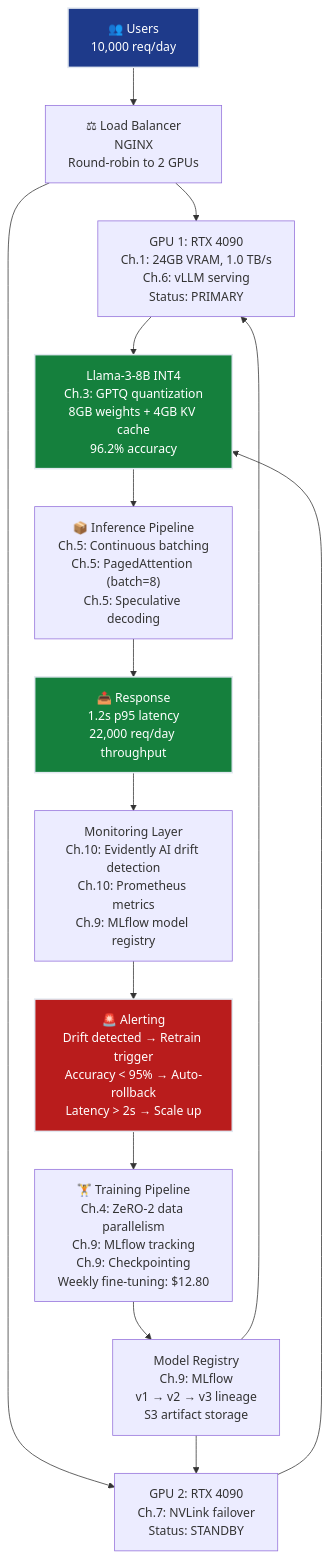
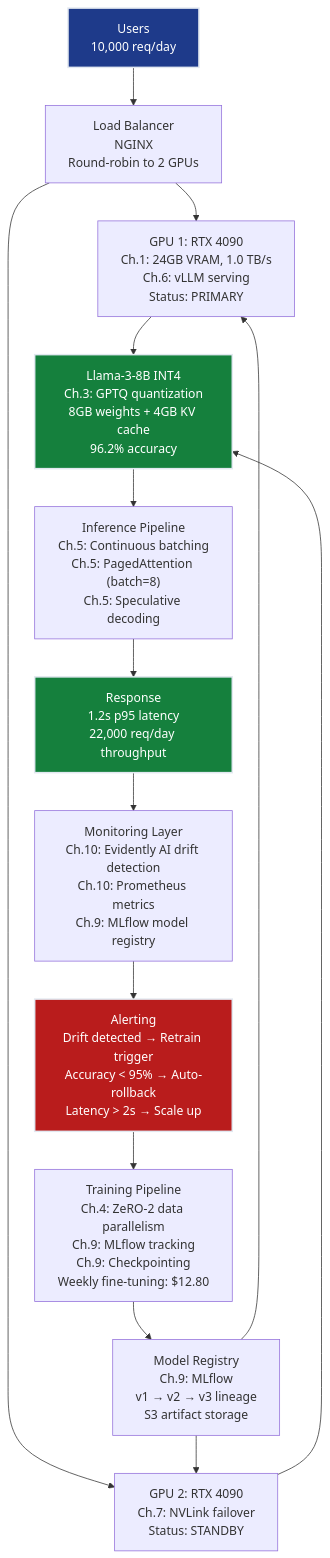
Before and after one commit to dsgouda7/ai-portfolio: the diagram in notes/07-ai-infrastructure/grand-solution.md, drawn with Mermaid. The commit also changed other lines of this file and 391 other files, not shown here.

````diff
--- a/notes/07-ai-infrastructure/grand-solution.md
+++ b/notes/07-ai-infrastructure/grand-solution.md
@@ -285,30 +285,30 @@
 ```mermaid
 flowchart TD
- USERS["👥 Users<br/>10,000 req/day"] --> LB["⚖ Load Balancer<br/>NGINX<br/>Round-robin to 2 GPUs"]
+ USERS[" Users<br/>10,000 req/day"] --> LB[" Load Balancer<br/>NGINX<br/>Round-robin to 2 GPUs"]
 
  LB --> GPU1[" GPU 1: RTX 4090<br/>Ch.1: 24GB VRAM, 1.0 TB/s<br/>Ch.6: vLLM serving<br/>Status: PRIMARY"]
  LB --> GPU2[" GPU 2: RTX 4090<br/>Ch.7: NVLink failover<br/>Status: STANDBY"]
 
  GPU1 --> MODEL[" Llama-3-8B INT4<br/>Ch.3: GPTQ quantization<br/>8GB weights + 4GB KV cache<br/>96.2% accuracy"]
  GPU2 --> MODEL
 
- MODEL --> BATCH["📦 Inference Pipeline<br/>Ch.5: Continuous batching<br/>Ch.5: PagedAttention (batch=8)<br/>Ch.5: Speculative decoding"]
+ MODEL --> BATCH[" Inference Pipeline<br/>Ch.5: Continuous batching<br/>Ch.5: PagedAttention (batch=8)<br/>Ch.5: Speculative decoding"]
 
- BATCH --> RESPONSE["📤 Response<br/>1.2s p95 latency<br/>22,000 req/day throughput"]
+ BATCH --> RESPONSE[" Response<br/>1.2s p95 latency<br/>22,000 req/day throughput"]
 
  RESPONSE --> MONITOR[" Monitoring Layer<br/>Ch.10: Evidently AI drift detection<br/>Ch.10: Prometheus metrics<br/>Ch.9: MLflow model registry"]
 
- MONITOR --> ALERT["🚨 Alerting<br/>Drift detected → Retrain trigger<br/>Accuracy < 95% → Auto-rollback<br/>Latency > 2s → Scale up"]
+ MONITOR --> ALERT[" Alerting<br/>Drift detected → Retrain trigger<br/>Accuracy < 95% → Auto-rollback<br/>Latency > 2s → Scale up"]
 
- TRAINING["🏋 Training Pipeline<br/>Ch.4: ZeRO-2 data parallelism<br/>Ch.9: MLflow tracking<br/>Ch.9: Checkpointing<br/>Weekly fine-tuning: $12.80"] --> REGISTRY[" Model Registry<br/>Ch.9: MLflow<br/>v1 → v2 → v3 lineage<br/>S3 artifact storage"]
+ TRAINING[" Training Pipeline<br/>Ch.4: ZeRO-2 data parallelism<br/>Ch.9: MLflow tracking<br/>Ch.9: Checkpointing<br/>Weekly fine-tuning: $12.80"] --> REGISTRY[" Model Registry<br/>Ch.9: MLflow<br/>v1 → v2 → v3 lineage<br/>S3 artifact storage"]
 
  REGISTRY --> GPU1
  REGISTRY --> GPU2
 
  ALERT --> TRAINING
 
  style USERS fill:#1e3a8a,stroke:#e2e8f0,stroke-width:2px,color:#ffffff
  style MODEL fill:#15803d,stroke:#e2e8f0,stroke-width:2px,color:#ffffff
  style RESPONSE fill:#15803d,stroke:#e2e8f0,stroke-width:2px,color:#ffffff
  style ALERT fill:#b91c1c,stroke:#e2e8f0,stroke-width:2px,color:#ffffff
 ```
````
